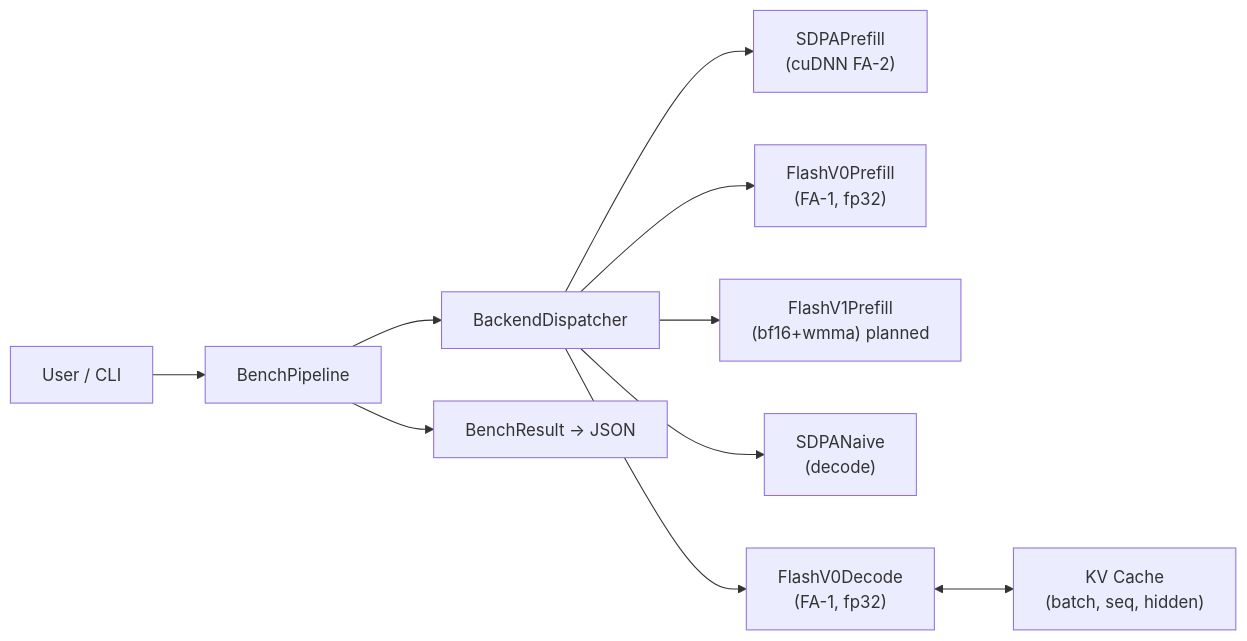
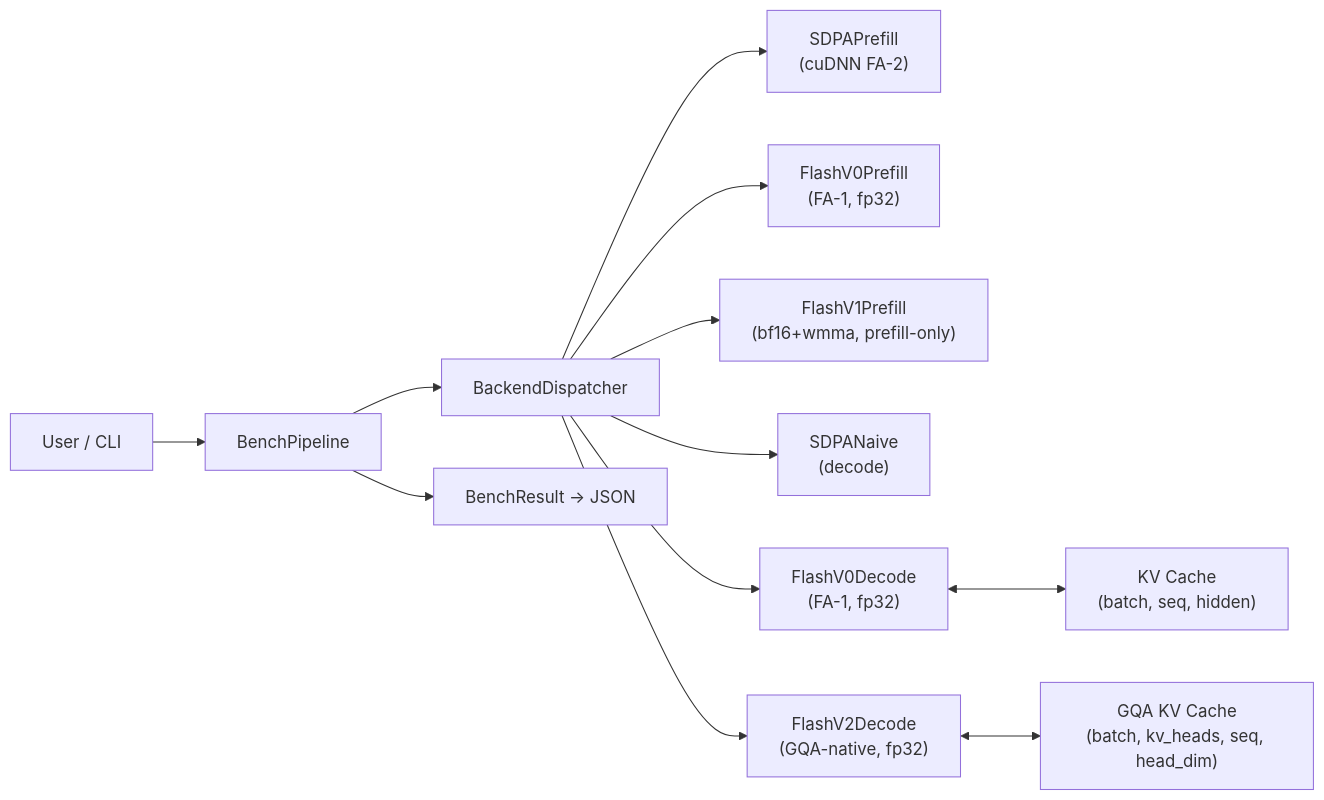
The diagram in flashinfer_engine/README.md (chendbox/AttnForge-public), drawn with Mermaid before and after one commit. The commit also changed other lines of this file and 16 other files, not shown here.

````diff
--- a/flashinfer_engine/README.md
+++ b/flashinfer_engine/README.md
@@ -9,12 +9,14 @@
 ```mermaid
 flowchart LR
     User["User / CLI"] --> Pipeline["BenchPipeline"]
     Pipeline --> Dispatcher["BackendDispatcher"]
     Dispatcher --> P1["SDPAPrefill\n(cuDNN FA-2)"]
     Dispatcher --> P2["FlashV0Prefill\n(FA-1, fp32)"]
-    Dispatcher --> P3["FlashV1Prefill\n(bf16+wmma) planned"]
+    Dispatcher --> P3["FlashV1Prefill\n(bf16+wmma, prefill-only)"]
     Dispatcher --> D1["SDPANaive\n(decode)"]
     Dispatcher --> D2["FlashV0Decode\n(FA-1, fp32)"]
+    Dispatcher --> D3["FlashV2Decode\n(GQA-native, fp32)"]
     D2 <--> KV["KV Cache\n(batch, seq, hidden)"]
+    D3 <--> GQAKV["GQA KV Cache\n(batch, kv_heads, seq, head_dim)"]
     Pipeline --> Results["BenchResult → JSON"]
 ```
````
